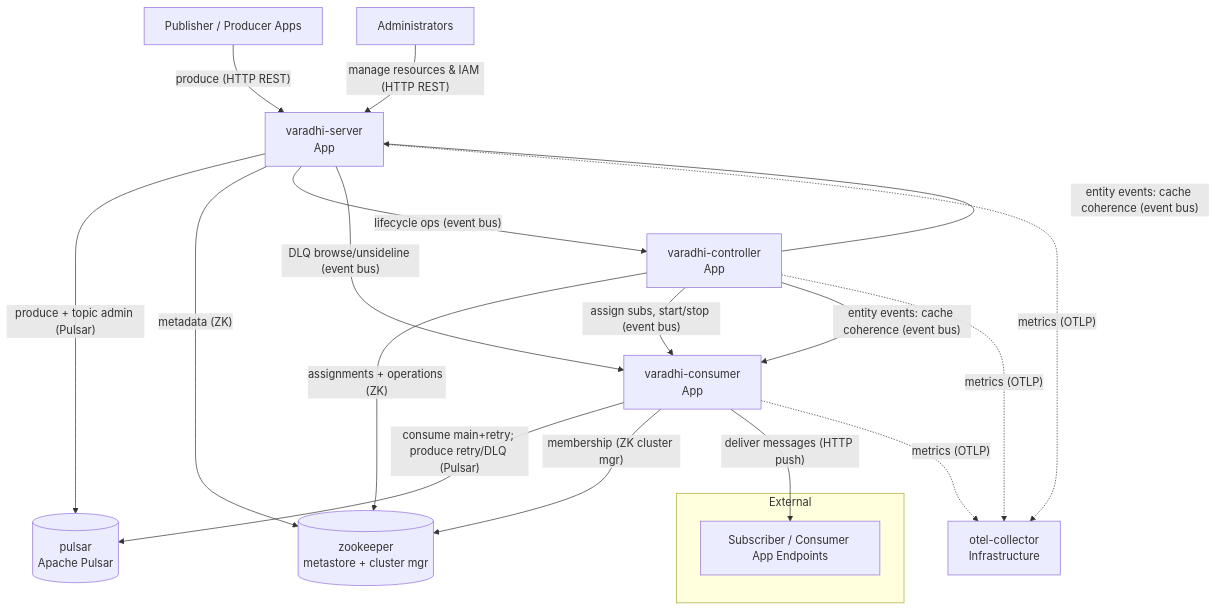
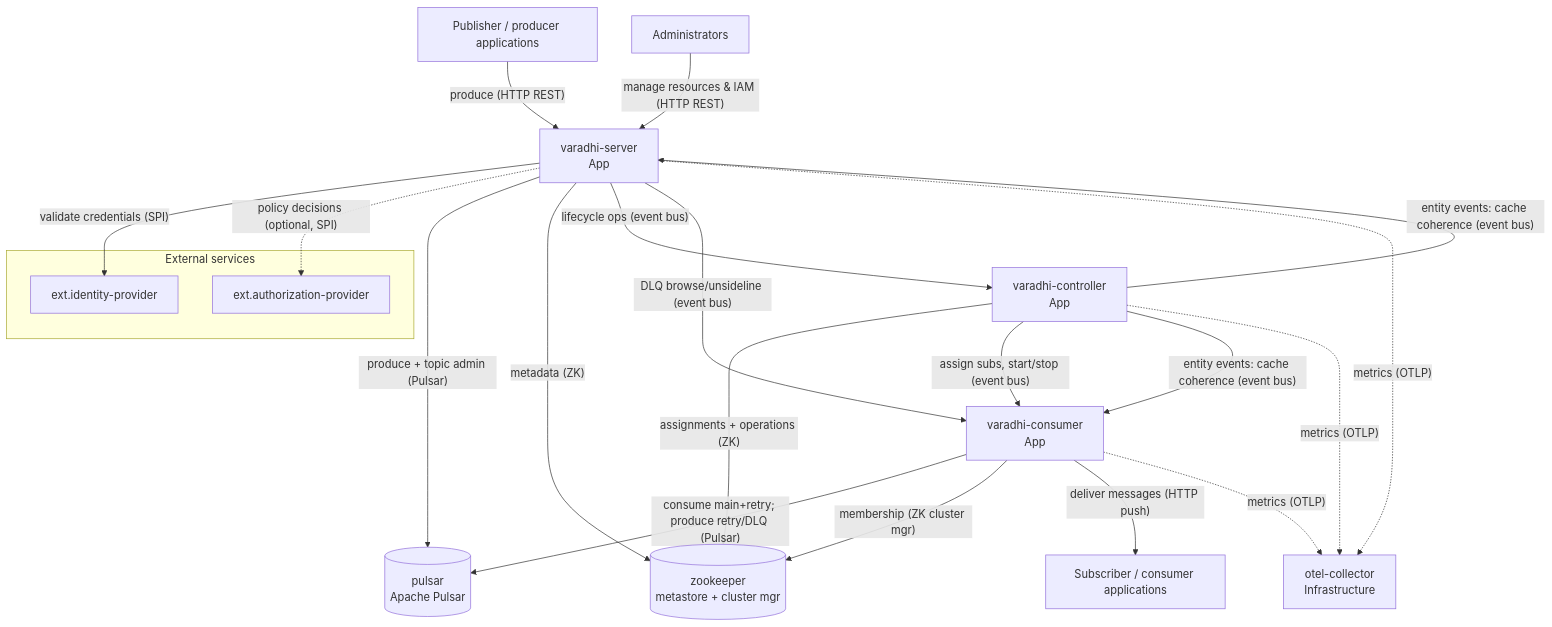
Before and after one commit to flipkart-incubator/varadhi: the diagram in docs/containers.md, drawn with Mermaid. The commit also changed other lines of this file and 31 other files, not shown here.

````diff
--- a/docs/containers.md
+++ b/docs/containers.md
@@ -157,27 +199,35 @@
 ```mermaid
 flowchart TD
-    subgraph External
-        Subscriber[Subscriber / Consumer App Endpoints]
+    subgraph External services
+        ext.identity-provider[ext.identity-provider]
+        ext.authorization-provider[ext.authorization-provider]
     end
 
-    Producer[Publisher / Producer Apps] -- "produce (HTTP REST)" --> Server
-    Admin[Administrators] -- "manage resources & IAM (HTTP REST)" --> Server
+    actor.producer[Publisher / producer applications]
+    actor.administrator[Administrators]
+    actor.subscriber[Subscriber / consumer applications]
 
-    Server[varadhi-server<br/>App] -- "produce + topic admin (Pulsar)" --> Pulsar[(pulsar<br/>Apache Pulsar)]
-    Server -- "metadata (ZK)" --> ZK[(zookeeper<br/>metastore + cluster mgr)]
-    Server -- "lifecycle ops (event bus)" --> Controller[varadhi-controller<br/>App]
-    Server -- "DLQ browse/unsideline (event bus)" --> Consumer[varadhi-consumer<br/>App]
+    actor.producer -- "produce (HTTP REST)" --> varadhi-server
+    actor.administrator -- "manage resources & IAM (HTTP REST)" --> varadhi-server
 
-    Controller -- "assignments + operations (ZK)" --> ZK
-    Controller -- "assign subs, start/stop (event bus)" --> Consumer
-    Controller -- "entity events: cache coherence (event bus)" --> Server
-    Controller -- "entity events: cache coherence (event bus)" --> Consumer
+    varadhi-server[varadhi-server<br/>App] -- "validate credentials (SPI)" --> ext.identity-provider
+    varadhi-server -. "policy decisions (optional, SPI)" .-> ext.authorization-provider
 
-    Consumer -- "consume main+retry; produce retry/DLQ (Pulsar)" --> Pulsar
-    Consumer -- "membership (ZK cluster mgr)" --> ZK
-    Consumer -- "deliver messages (HTTP push)" --> Subscriber
+    varadhi-server -- "produce + topic admin (Pulsar)" --> pulsar[(pulsar<br/>Apache Pulsar)]
+    varadhi-server -- "metadata (ZK)" --> zookeeper[(zookeeper<br/>metastore + cluster mgr)]
+    varadhi-server -- "lifecycle ops (event bus)" --> varadhi-controller[varadhi-controller<br/>App]
+    varadhi-server -- "DLQ browse/unsideline (event bus)" --> varadhi-consumer[varadhi-consumer<br/>App]
 
-    Server -. "metrics (OTLP)" .-> Otel[otel-collector<br/>Infrastructure]
-    Controller -. "metrics (OTLP)" .-> Otel
-    Consumer -. "metrics (OTLP)" .-> Otel
+    varadhi-controller -- "assignments + operations (ZK)" --> zookeeper
+    varadhi-controller -- "assign subs, start/stop (event bus)" --> varadhi-consumer
+    varadhi-controller -- "entity events: cache coherence (event bus)" --> varadhi-server
+    varadhi-controller -- "entity events: cache coherence (event bus)" --> varadhi-consumer
+
+    varadhi-consumer -- "consume main+retry; produce retry/DLQ (Pulsar)" --> pulsar
+    varadhi-consumer -- "membership (ZK cluster mgr)" --> zookeeper
+    varadhi-consumer -- "deliver messages (HTTP push)" --> actor.subscriber
+
+    varadhi-server -. "metrics (OTLP)" .-> otel-collector[otel-collector<br/>Infrastructure]
+    varadhi-controller -. "metrics (OTLP)" .-> otel-collector
+    varadhi-consumer -. "metrics (OTLP)" .-> otel-collector
 ```
````
